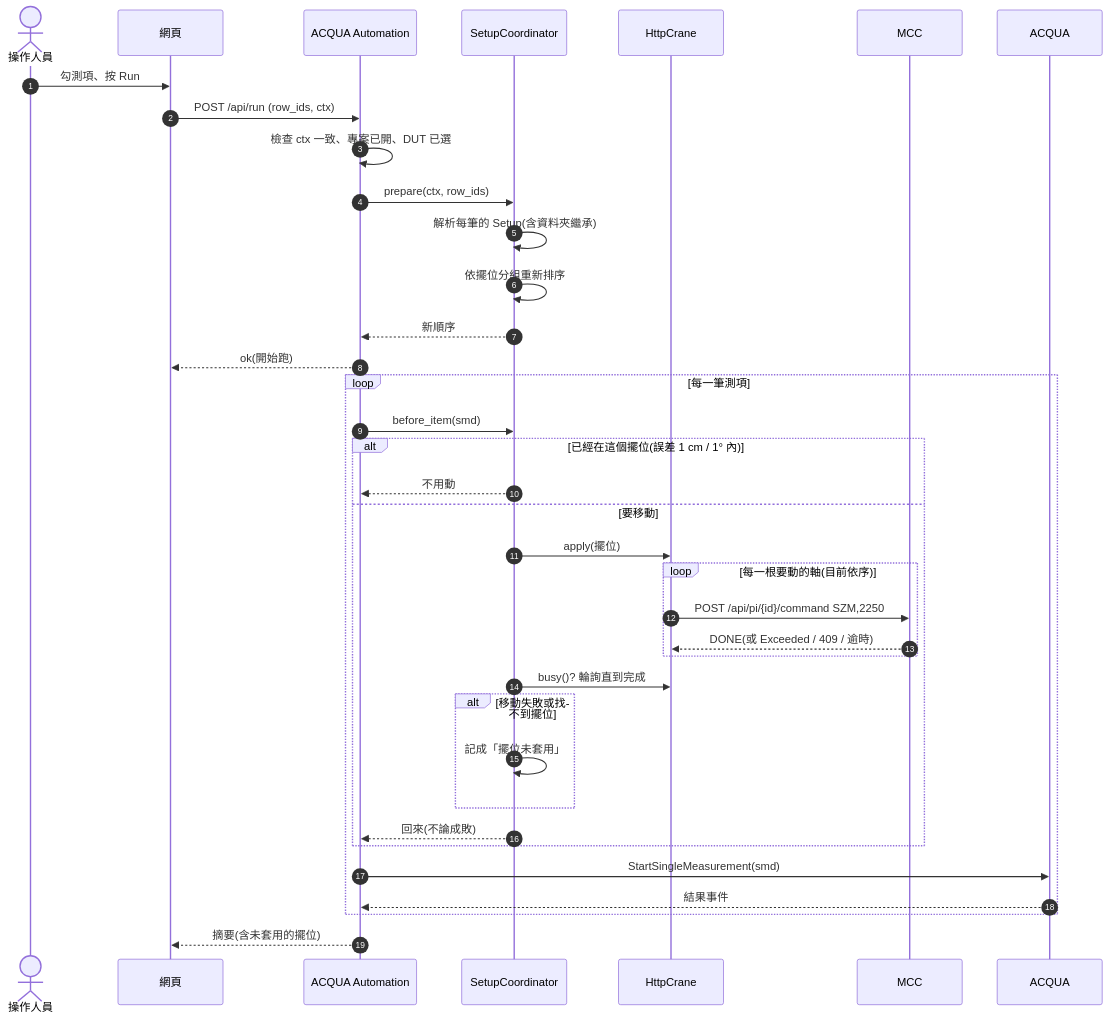
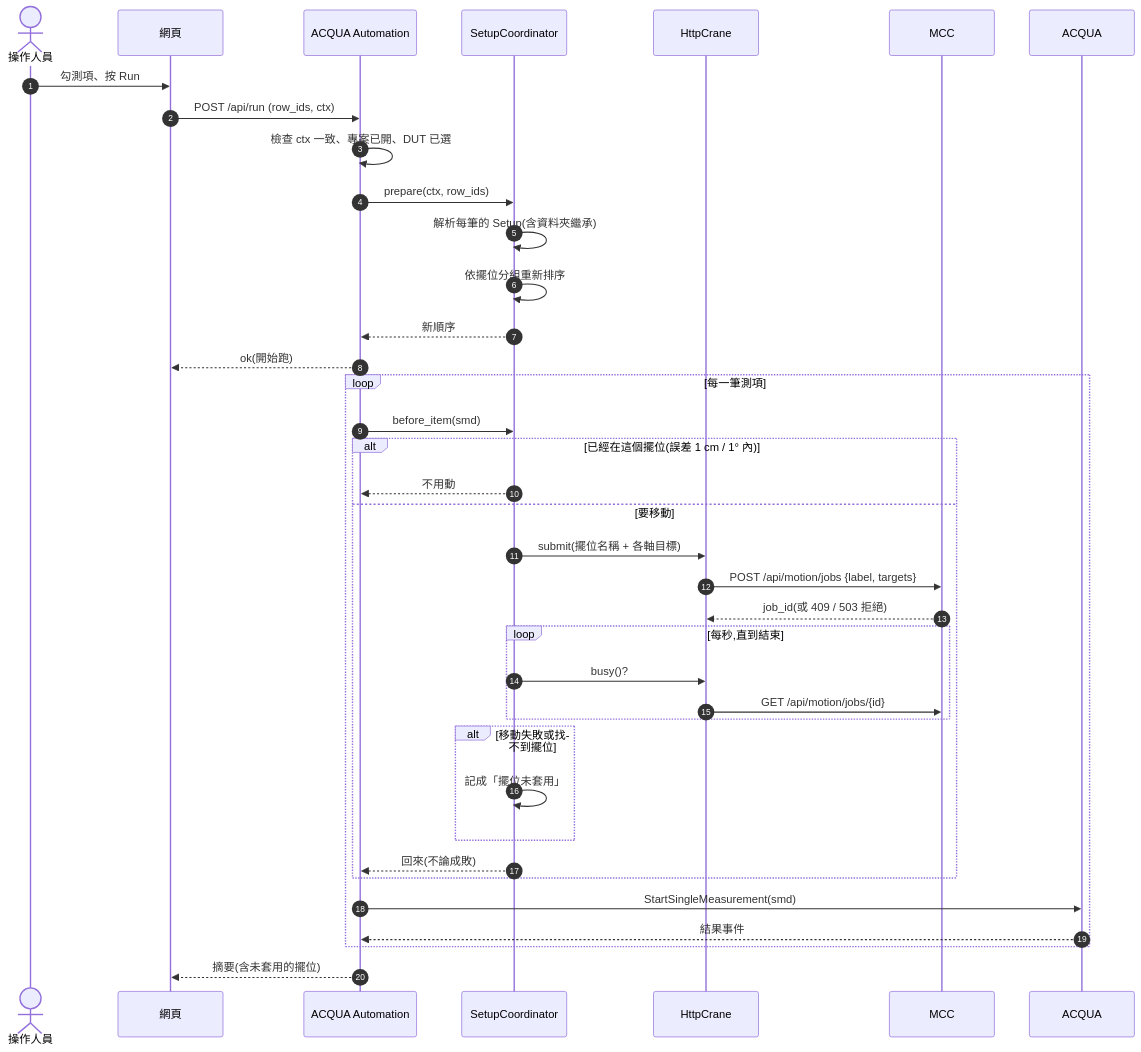
Before and after one commit to frank931023/ACQUA-Automation: the diagram in docs/diagrams/04_seq_web_run.mmd, drawn with Mermaid. The commit also changed 56 other files, not shown here.

First line of the commit message:
feat: Implement MCC Motion API and add fake MCC for testing

```diff
--- a/docs/diagrams/04_seq_web_run.mmd
+++ b/docs/diagrams/04_seq_web_run.mmd
@@ -1,40 +1,41 @@
 %% 從網頁開跑:一批測項、遇到要換擺位的那一筆
 sequenceDiagram
     autonumber
     actor U as 操作人員
     participant W as 網頁
     participant A as ACQUA Automation
     participant C as SetupCoordinator
     participant H as HttpCrane
     participant M as MCC
     participant Q as ACQUA
 
     U->>W: 勾測項、按 Run
     W->>A: POST /api/run (row_ids, ctx)
     A->>A: 檢查 ctx 一致、專案已開、DUT 已選
     A->>C: prepare(ctx, row_ids)
     C->>C: 解析每筆的 Setup(含資料夾繼承)
     C->>C: 依擺位分組重新排序
     C-->>A: 新順序
     A-->>W: ok(開始跑)
 
     loop 每一筆測項
         A->>C: before_item(smd)
         alt 已經在這個擺位(誤差 1 cm / 1° 內)
             C-->>A: 不用動
         else 要移動
-            C->>H: apply(擺位)
-            loop 每一根要動的軸(目前依序)
-                H->>M: POST /api/pi/{id}/command SZM,2250
-                M-->>H: DONE(或 Exceeded / 409 / 逾時)
+            C->>H: submit(擺位名稱 + 各軸目標)
+            H->>M: POST /api/motion/jobs {label, targets}
+            M-->>H: job_id(或 409 / 503 拒絕)
+            loop 每秒,直到結束
+                C->>H: busy()?
+                H->>M: GET /api/motion/jobs/{id}
             end
-            C->>H: busy()? 輪詢直到完成
             alt 移動失敗或找不到擺位
                 C->>C: 記成「擺位未套用」
             end
             C-->>A: 回來(不論成敗)
         end
         A->>Q: StartSingleMeasurement(smd)
         Q-->>A: 結果事件
     end
     A-->>W: 摘要(含未套用的擺位)
```
